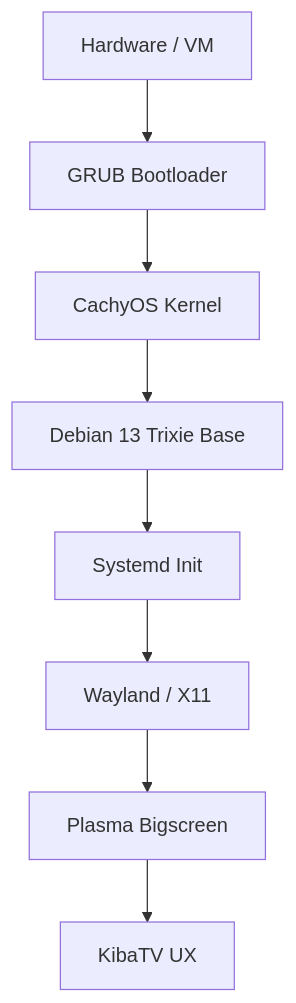
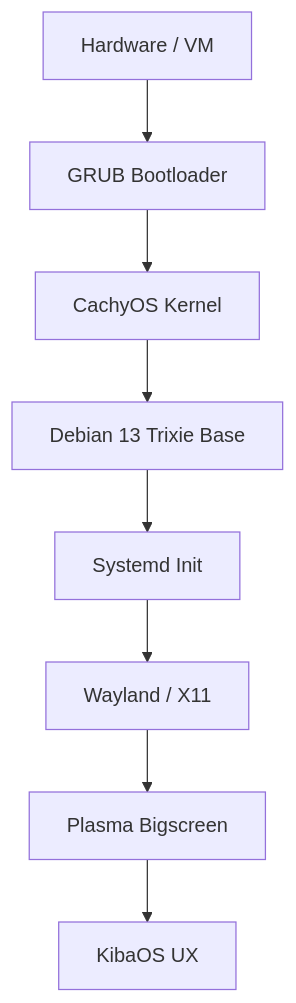
One commit to WolfTech-Innovations/Kiba changed the diagram in docs/architecture.md. Above: the diagram before and after it, drawn with Mermaid. The commit also changed other lines of this file and 104 other files, not shown here.

````diff
--- a/docs/architecture.md
+++ b/docs/architecture.md
@@ -41,10 +41,10 @@
 ```mermaid
 graph TD
     A[Hardware / VM] --> B[GRUB Bootloader]
     B --> C[CachyOS Kernel]
     C --> D[Debian 13 Trixie Base]
     D --> E[Systemd Init]
     E --> F[Wayland / X11]
     F --> G[Plasma Bigscreen]
-    G --> H[KibaTV UX]
+    G --> H[KibaOS UX]
 ```
````
